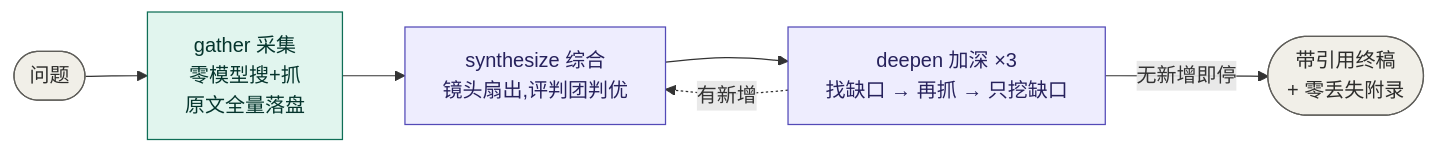
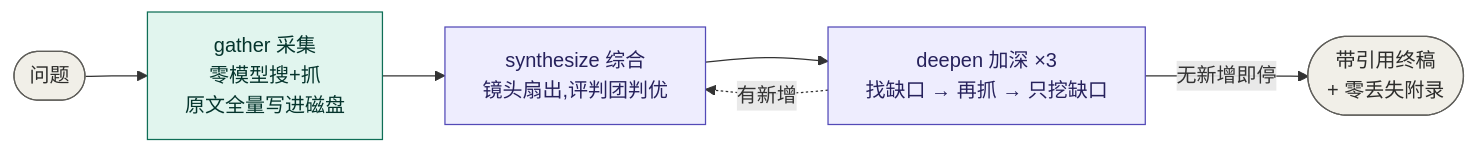
The third of 5 diagrams in README.zh-CN.md (AbyssCN/oh-my-dag), drawn with Mermaid before and after one commit. The commit also changed other lines of this file and 7 other files, not shown here.

````diff
--- a/README.zh-CN.md
+++ b/README.zh-CN.md
@@ -192,14 +202,14 @@
 ```mermaid
 flowchart LR
-  Q(["问题"]) --> G["gather 采集<br/>零模型搜+抓<br/>原文全量落盘"]
+  Q(["问题"]) --> G["gather 采集<br/>零模型搜+抓<br/>原文全量写进磁盘"]
   G --> S["synthesize 综合<br/>镜头扇出,评判团判优"]
   S --> D["deepen 加深 ×3<br/>找缺口 → 再抓 → 只挖缺口"]
   D -->|无新增即停| R(["带引用终稿<br/>+ 零丢失附录"])
   D -.->|有新增| S
   classDef zero fill:#E1F5EE,stroke:#0F6E56,color:#04342C
   classDef llm fill:#EEEDFE,stroke:#534AB7,color:#26215C
   classDef infra fill:#F1EFE8,stroke:#5F5E5A,color:#2C2C2A
   class G zero
   class S,D llm
   class Q,R infra
 ```
````
